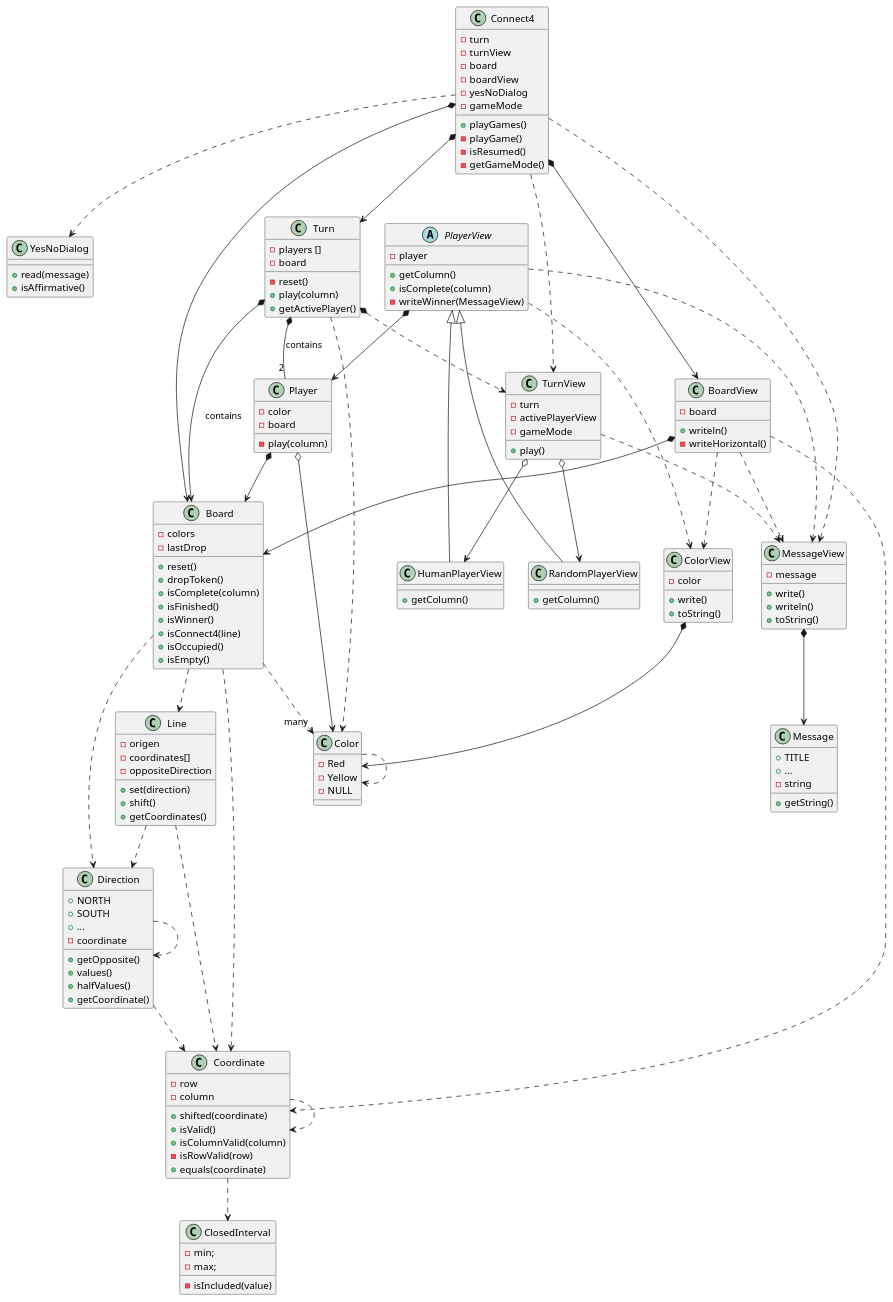
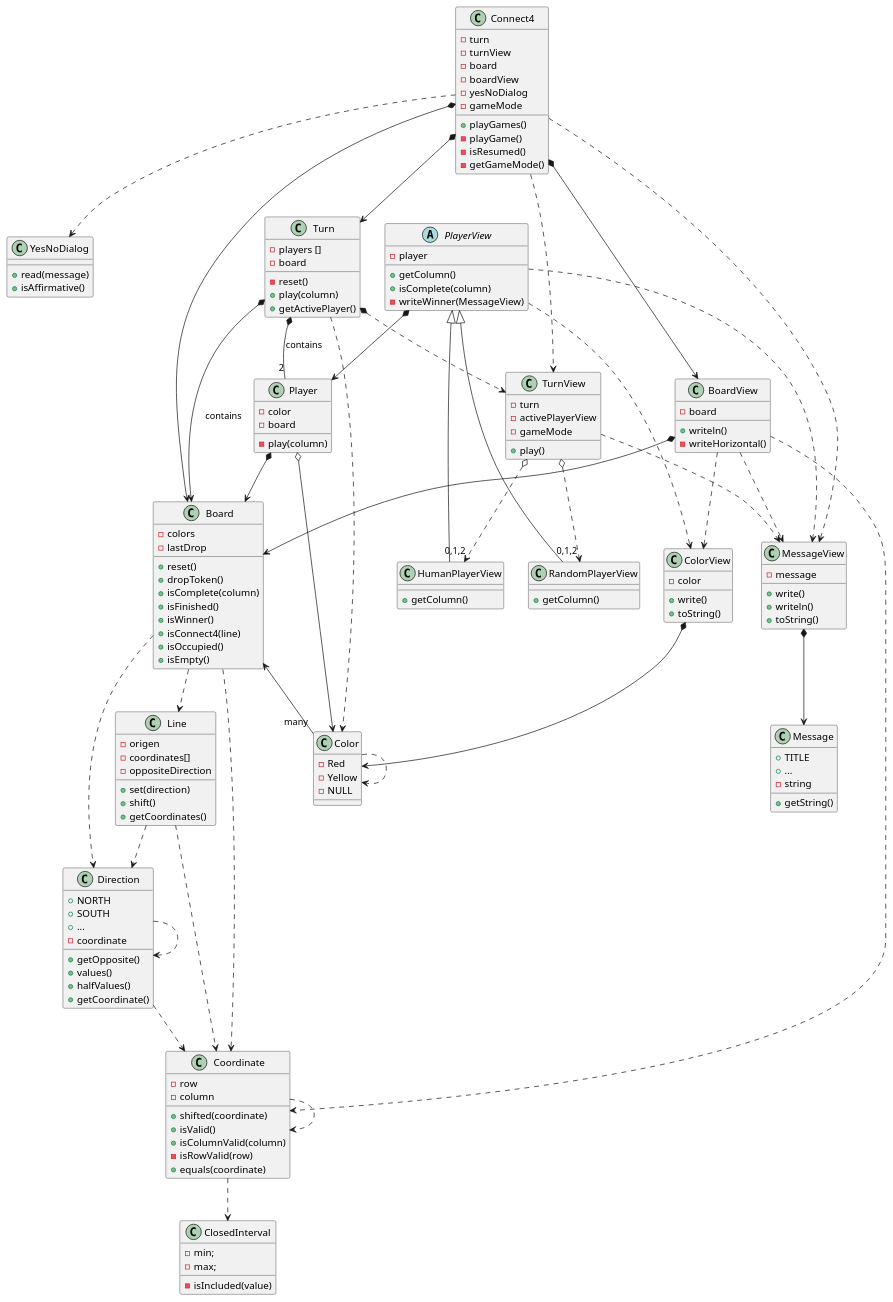
Before and after one commit to USantaTecla-ed-mpds/lab-turing: the diagram in tech-plantuml/game-connect4/connect4_viewModels.puml, drawn with PlantUML. The commit also changed 10 other files, not shown here.

Commit message:
Vistas y GameMode(con UML)Pendiente doble despacho

```diff
--- a/tech-plantuml/game-connect4/connect4_viewModels.puml
+++ b/tech-plantuml/game-connect4/connect4_viewModels.puml
@@ -1,193 +1,193 @@
 @startuml
 
 class Connect4{
     - turn
     - turnView
     - board
     - boardView
     - yesNoDialog
     - gameMode
     + playGames()
     - playGame()
     - isResumed()
     - getGameMode()
 }
 class YesNoDialog{
     + read(message)
     + isAffirmative()
 }
 
 class TurnView{
     - turn
     - activePlayerView
     - gameMode
     + play()
 }
 
 class Turn{
     - players []
     - board
     - reset()
     + play(column)
     + getActivePlayer()
 }
 
 
 class Player{
     -color
     -board
     -play(column)
 }
 
 abstract class PlayerView{
     - player
     + getColumn()
     + isComplete(column)
     -writeWinner(MessageView)
 }
 
 class HumanPlayerView{
     + getColumn()
 
 }
 
 class RandomPlayerView{
     + getColumn()
 }
 
 class Board{
     -colors
     -lastDrop
     +reset()
     +dropToken()
     +isComplete(column)
     +isFinished()
     +isWinner()
     +isConnect4(line)
     +isOccupied()
     +isEmpty()
 }
 
 class BoardView{
     -board
     +writeln()
     -writeHorizontal()
 }
 
 
 class Line{
     -origen
     -coordinates[]
     -oppositeDirection
     +set(direction)
     +shift()
     +getCoordinates()
 }
 
 class Direction{
     +NORTH
     +SOUTH
     +...
     -coordinate
     +getOpposite()
     +values()
     +halfValues()
     +getCoordinate()
 
 }
 
 class Coordinate{
     -row
     -column
     +shifted(coordinate)
     +isValid()
     +isColumnValid(column)
     -isRowValid(row)
     +equals(coordinate)
 }
 
 class Color{
     -  Red
     -  Yellow
     -  NULL
 }
 
 class ColorView{
     -color
     +write()
     +toString()
 
 }
 
 class ClosedInterval{
     -min;
     -max;
     -isIncluded(value)
 }
 
 class Message{
     + TITLE
     + ...
     -string
     +getString()
 }
 
 class MessageView {
     -message
     +write()
     +writeln()
     +toString()
 }
 
 Connect4 ..> YesNoDialog
 Connect4 *--> Turn
 Connect4 ..> TurnView
 Connect4 *--> Board
 Connect4 *--> BoardView
 Connect4 ..> MessageView
 
-TurnView o--> HumanPlayerView
-TurnView o--> RandomPlayerView
+TurnView o..> "0,1,2" HumanPlayerView
+TurnView o..> "0,1,2" RandomPlayerView
 TurnView ..> MessageView
 Turn *..> TurnView
 Turn  *-- "2" Player :contains
 Turn *--> Board :contains
 Turn ..> Color
 
 
 PlayerView *--> Player
 PlayerView <|-- HumanPlayerView
 PlayerView <|--  RandomPlayerView
 
 PlayerView ..> MessageView
 PlayerView ..> ColorView
 
 Player o--> Color
 Player *--> Board
 
 BoardView *--> Board
 BoardView ..> Coordinate
 BoardView ..> MessageView
 BoardView ..> ColorView
 
-Board ..>"many" Color
+Board <--"many" Color
 Board ..> Coordinate
 Board ..> Direction
 Board ..> Line
 
 Line ..> Coordinate
 Line ..> Direction
 
 Direction ..> Coordinate
 Direction ..> Direction
 
 Coordinate ..> Coordinate
 Coordinate ..> ClosedInterval
 
 ColorView *--> Color
 
 Color ..> Color
 
 MessageView *--> Message
 
 @enduml
```
